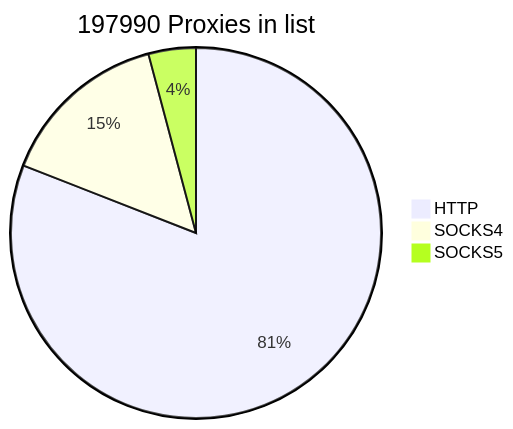
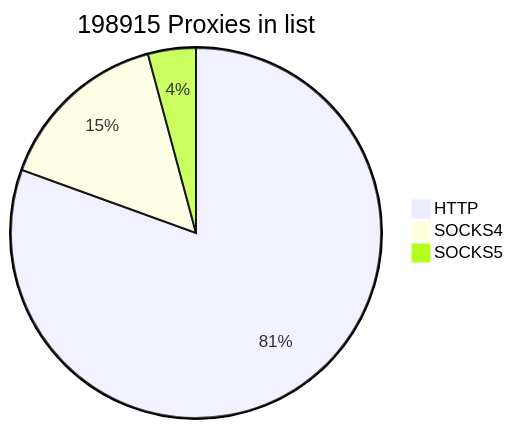
One commit to cutipu/proxylist changed the first of 2 diagrams in README.md. Above: the diagram before and after it, drawn with Mermaid. The commit also changed other lines of this file, not shown here.

````diff
--- a/README.md
+++ b/README.md
@@ -2,7 +2,7 @@
 ```mermaid
-pie title 197990 Proxies in list
-    "HTTP" : 160246
-    "SOCKS4" : 29560
-    "SOCKS5" : 8184
+pie title 198915 Proxies in list
+    "HTTP" : 160195
+    "SOCKS4" : 30401
+    "SOCKS5" : 8319
             
 ```
````
